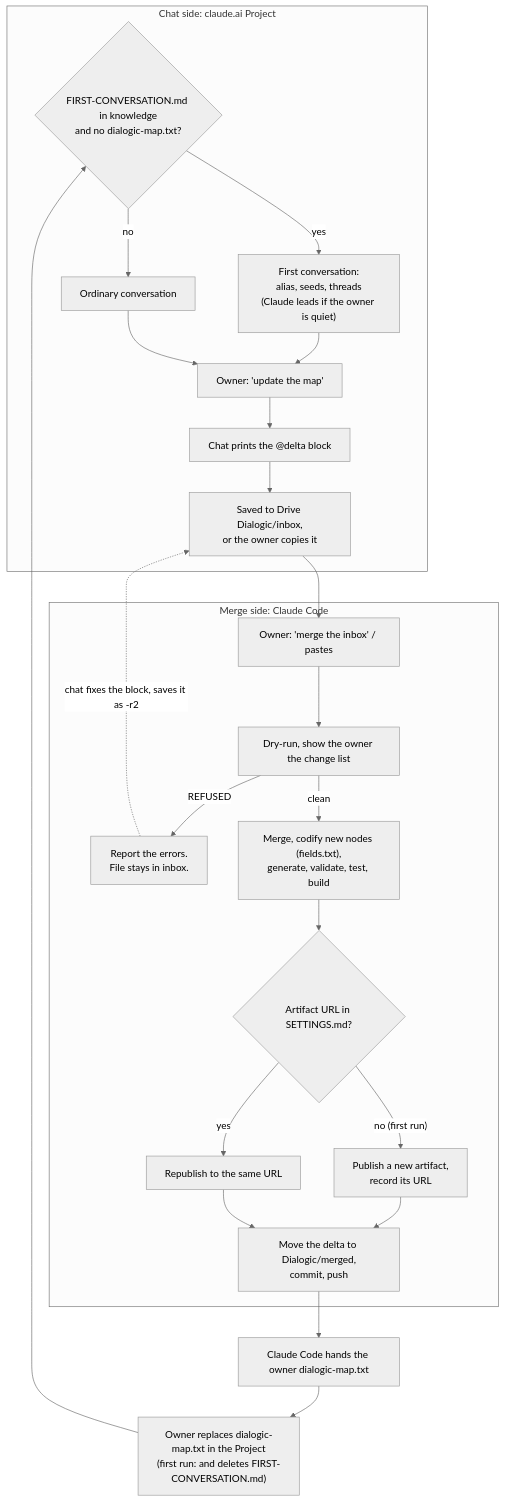
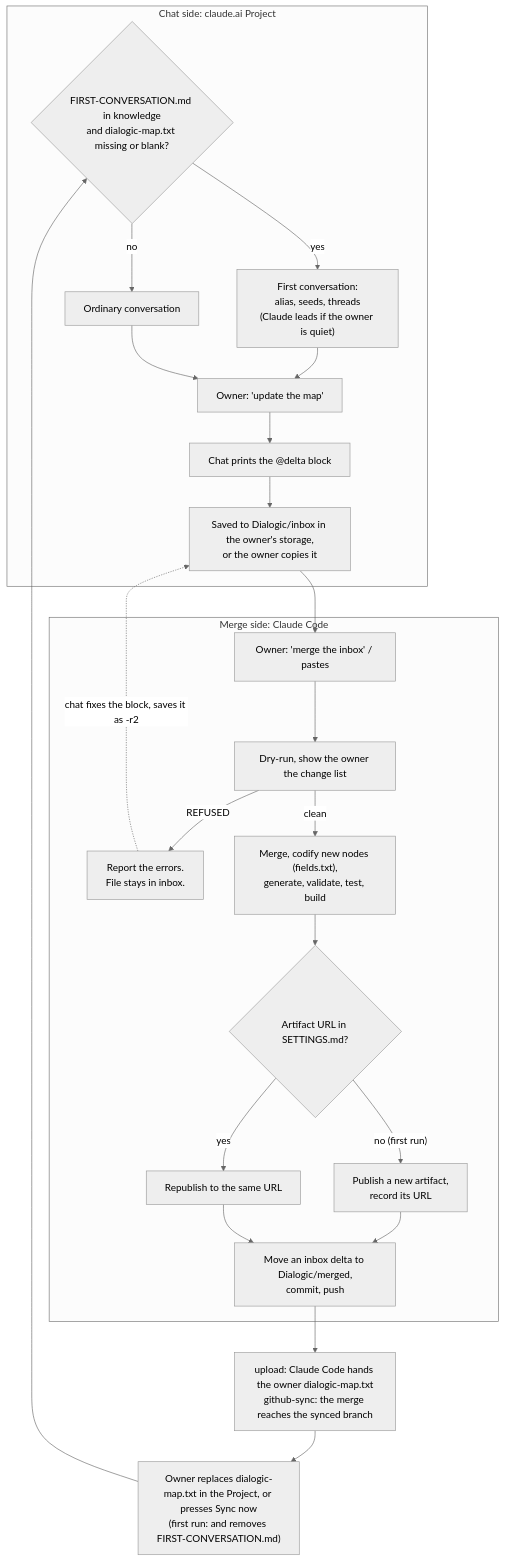
Before and after one commit to Sutaigne/dialogic-seed: the diagram in docs/WORKFLOW.md, drawn with Mermaid (neutral theme). The commit also changed other lines of this file and 7 other files, not shown here.

First line of the commit message:
Two setups: GitHub sync at a laptop, any storage service for the inbox

````diff
--- a/docs/WORKFLOW.md
+++ b/docs/WORKFLOW.md
@@ -5,31 +5,31 @@
 ```mermaid
 flowchart TD
     subgraph CHAT["Chat side: claude.ai Project"]
-        A0{"FIRST-CONVERSATION.md in knowledge<br/>and no dialogic-map.txt?"}
+        A0{"FIRST-CONVERSATION.md in knowledge<br/>and dialogic-map.txt missing or blank?"}
         A0 -- "yes" --> F1["First conversation:<br/>alias, seeds, threads<br/>(Claude leads if the owner is quiet)"]
         A0 -- "no" --> A["Ordinary conversation"]
         F1 --> B["Owner: 'update the map'"]
         A --> B
         B --> C["Chat prints the @delta block"]
-        C --> D["Saved to Drive Dialogic/inbox,<br/>or the owner copies it"]
+        C --> D["Saved to Dialogic/inbox in the owner's storage,<br/>or the owner copies it"]
     end
 
     D --> E
 
     subgraph CODE["Merge side: Claude Code"]
         E["Owner: 'merge the inbox' / pastes"] --> G["Dry-run, show the owner the change list"]
         G -- "REFUSED" --> R["Report the errors.<br/>File stays in inbox."]
         G -- "clean" --> H["Merge, codify new nodes (fields.txt),<br/>generate, validate, test, build"]
         H --> I{"Artifact URL in SETTINGS.md?"}
         I -- "no (first run)" --> I1["Publish a new artifact,<br/>record its URL"]
         I -- "yes" --> I2["Republish to the same URL"]
-        I1 --> J["Move the delta to Dialogic/merged,<br/>commit, push"]
+        I1 --> J["Move an inbox delta to Dialogic/merged,<br/>commit, push"]
         I2 --> J
     end
 
     R -. "chat fixes the block, saves it as -r2" .-> D
 
-    J --> K["Claude Code hands the owner dialogic-map.txt"]
-    K --> L["Owner replaces dialogic-map.txt in the Project<br/>(first run: and deletes FIRST-CONVERSATION.md)"]
+    J --> K["upload: Claude Code hands the owner dialogic-map.txt<br/>github-sync: the merge reaches the synced branch"]
+    K --> L["Owner replaces dialogic-map.txt in the Project, or presses Sync now<br/>(first run: and removes FIRST-CONVERSATION.md)"]
     L --> A0
 ```
````
